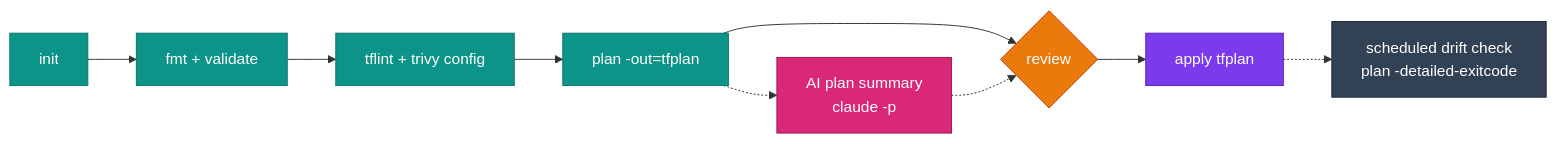
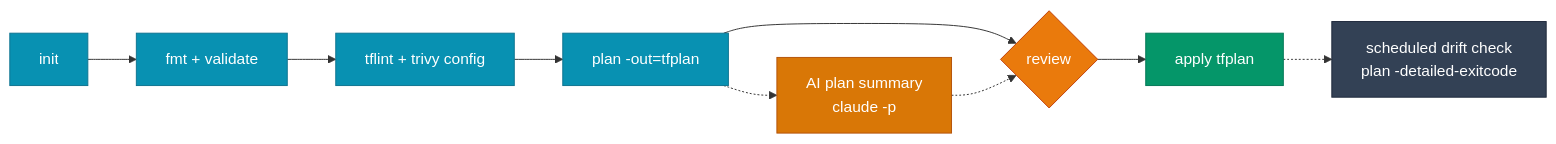
One commit to jinalshah/devops-images changed the diagram in docs/workflows/terraform-workflows.md. Above: the diagram before and after it, drawn with Mermaid. The commit also changed 29 other files, not shown here.

````diff
--- a/docs/workflows/terraform-workflows.md
+++ b/docs/workflows/terraform-workflows.md
@@ -7,22 +7,22 @@
 ```mermaid
 flowchart LR
   I["init"] --> F["fmt + validate"]
   F --> L["tflint + trivy config"]
   L --> P["plan -out=tfplan"]
   P --> R{"review"}
   P -.-> AI["AI plan summary<br/>claude -p"]
   AI -.-> R
   R --> A["apply tfplan"]
   A -.-> D["scheduled drift check<br/>plan -detailed-exitcode"]
 
-  classDef base fill:#0d9488,stroke:#0f766e,color:#fff
-  classDef ai fill:#db2777,stroke:#9d174d,color:#fff
+  classDef base fill:#0891b2,stroke:#0e7490,color:#fff
+  classDef ai fill:#d97706,stroke:#b45309,color:#fff
   classDef aws fill:#ea7a0c,stroke:#c2410c,color:#fff
-  classDef all fill:#7c3aed,stroke:#5b21b6,color:#fff
+  classDef all fill:#059669,stroke:#047857,color:#fff
   classDef neutral fill:#334155,stroke:#1e293b,color:#fff
   class I,F,L,P base
   class AI ai
   class R aws
   class A all
   class D neutral
 ```
````
